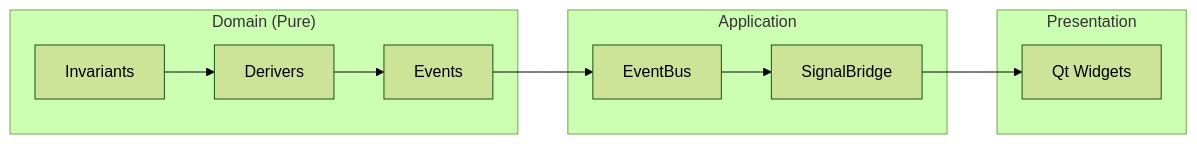
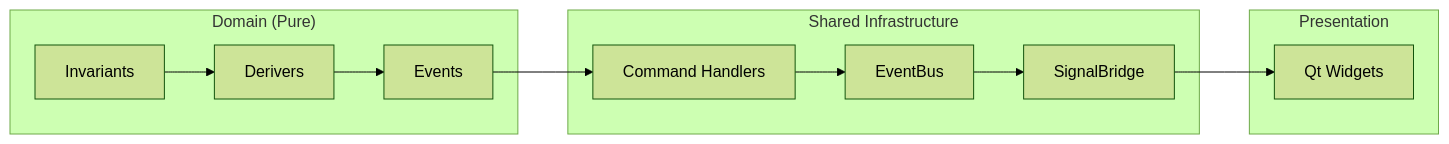
The diagram in docs/tutorials/README.md (scope-impact/QualCoder-v2), drawn with Mermaid (forest theme) before and after one commit. The commit also changed other lines of this file and 8 other files, not shown here.

First line of the commit message:
docs(tutorials): align onboarding with actual project architecture

````diff
--- a/docs/tutorials/README.md
+++ b/docs/tutorials/README.md
@@ -55,18 +55,19 @@
 ```mermaid
 graph LR
     subgraph Domain ["Domain (Pure)"]
         I[Invariants] --> D[Derivers]
         D --> E[Events]
     end
 
-    subgraph App ["Application"]
+    subgraph App ["Shared Infrastructure"]
+        CH[Command Handlers]
         EB[EventBus]
         SB[SignalBridge]
     end
 
     subgraph UI ["Presentation"]
         W[Qt Widgets]
     end
 
-    E --> EB --> SB --> W
+    E --> CH --> EB --> SB --> W
 ```
````
